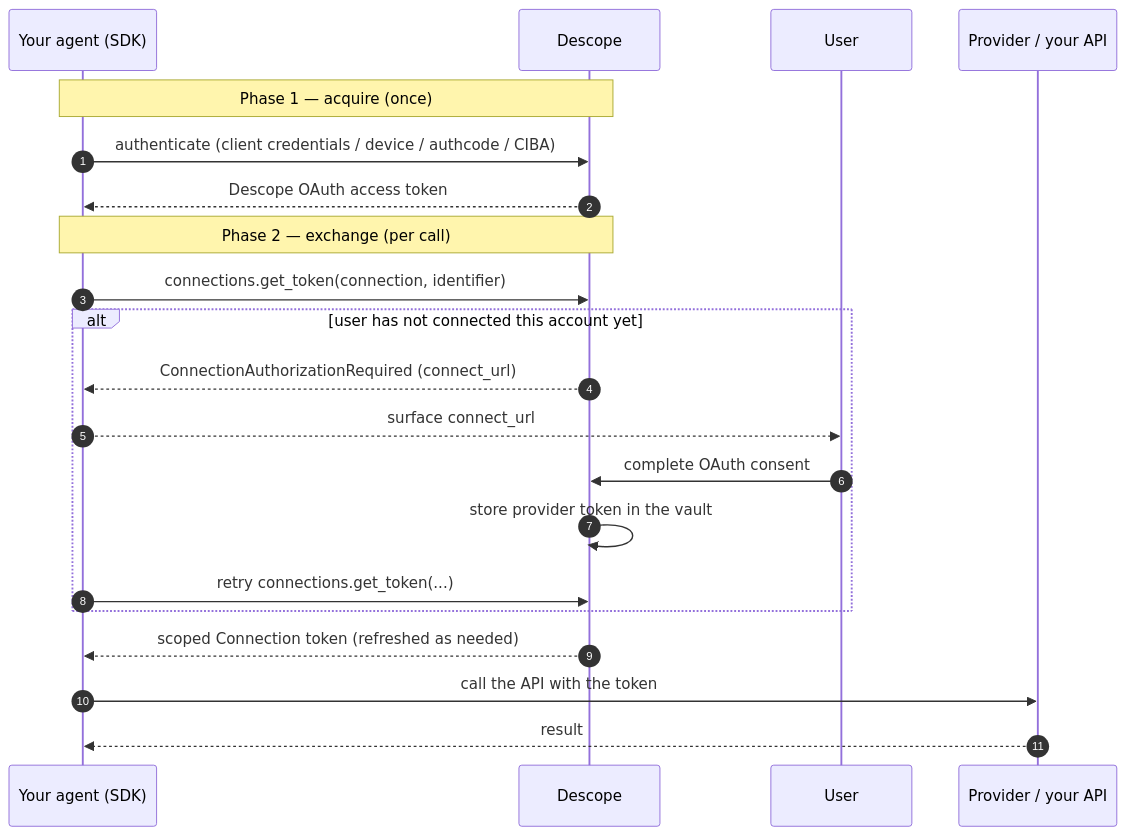
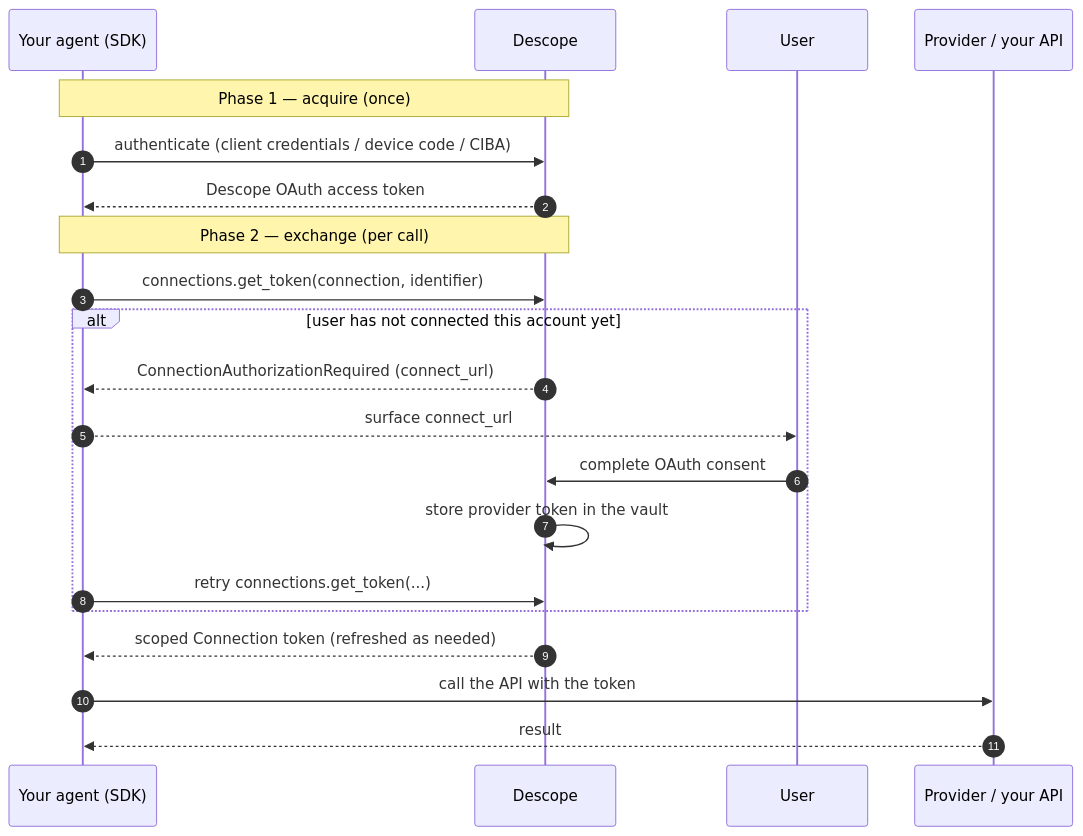
The fifth of 5 diagrams in README.md (descope/descope-agent-auth), drawn with Mermaid before and after one commit. The commit also changed other lines of this file and 56 other files, not shown here.

````diff
--- a/README.md
+++ b/README.md
@@ -281,25 +319,25 @@
 ```mermaid
 sequenceDiagram
     autonumber
     participant Agent as Your agent (SDK)
     participant Descope
     participant User
     participant Service as Provider / your API
 
     Note over Agent,Descope: Phase 1 — acquire (once)
-    Agent->>Descope: authenticate (client credentials / device / authcode / CIBA)
+    Agent->>Descope: authenticate (client credentials / device code / CIBA)
     Descope-->>Agent: Descope OAuth access token
 
     Note over Agent,Descope: Phase 2 — exchange (per call)
     Agent->>Descope: connections.get_token(connection, identifier)
     alt user has not connected this account yet
         Descope-->>Agent: ConnectionAuthorizationRequired (connect_url)
         Agent-->>User: surface connect_url
         User->>Descope: complete OAuth consent
         Descope->>Descope: store provider token in the vault
         Agent->>Descope: retry connections.get_token(...)
     end
     Descope-->>Agent: scoped Connection token (refreshed as needed)
     Agent->>Service: call the API with the token
     Service-->>Agent: result
 ```
````
